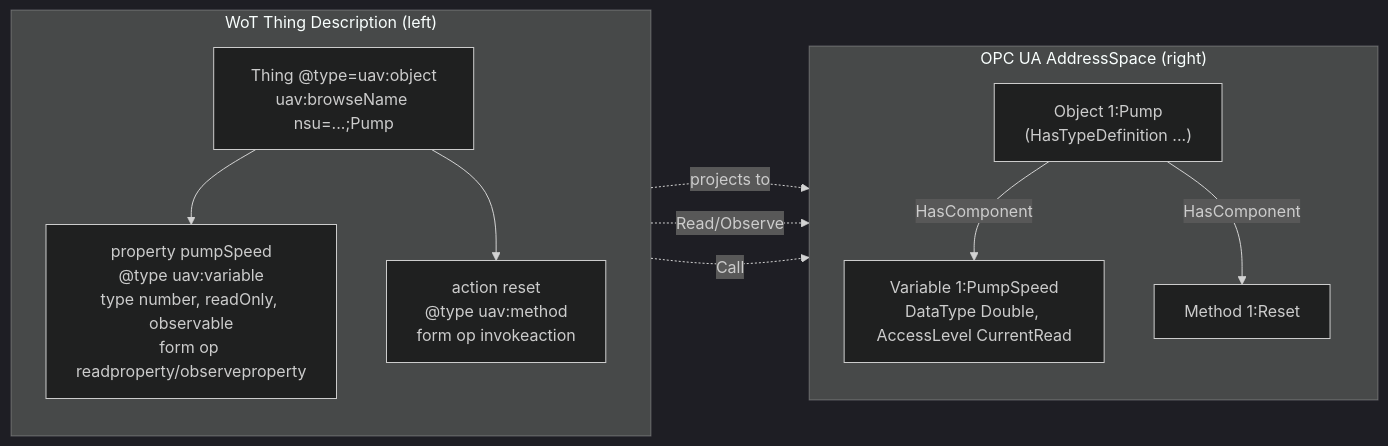
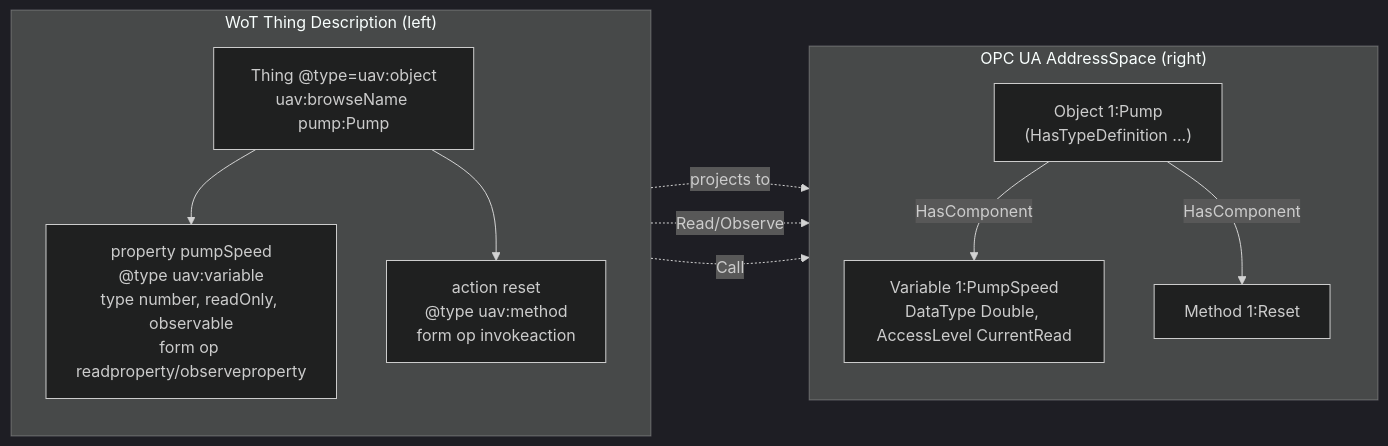
Before and after one commit to marcschier/opcua-drafts: the diagram in wot-specs/WoT-Binding/OPC-UA-WoT-Binding.md, drawn with Mermaid (dark theme). The commit also changed other lines of this file and 8 other files, not shown here.

````diff
--- a/wot-specs/WoT-Binding/OPC-UA-WoT-Binding.md
+++ b/wot-specs/WoT-Binding/OPC-UA-WoT-Binding.md
@@ -259,22 +268,22 @@
 ```mermaid
 graph LR
   subgraph WoT["WoT Thing Description (left)"]
     direction TB
-    T["Thing @type=uav:object<br/>uav:browseName nsu=...;Pump"]
+    T["Thing @type=uav:object<br/>uav:browseName pump:Pump"]
     P["property pumpSpeed<br/>@type uav:variable<br/>type number, readOnly, observable<br/>form op readproperty/observeproperty"]
     A["action reset<br/>@type uav:method<br/>form op invokeaction"]
     T --> P
     T --> A
   end
   subgraph UA["OPC UA AddressSpace (right)"]
     direction TB
     O["Object 1:Pump<br/>(HasTypeDefinition ...)"]
     V["Variable 1:PumpSpeed<br/>DataType Double, AccessLevel CurrentRead"]
     M["Method 1:Reset"]
     O -- HasComponent --> V
     O -- HasComponent --> M
   end
   T -. projects to .-> O
   P -. Read/Observe .-> V
   A -. Call .-> M
 ```
````
